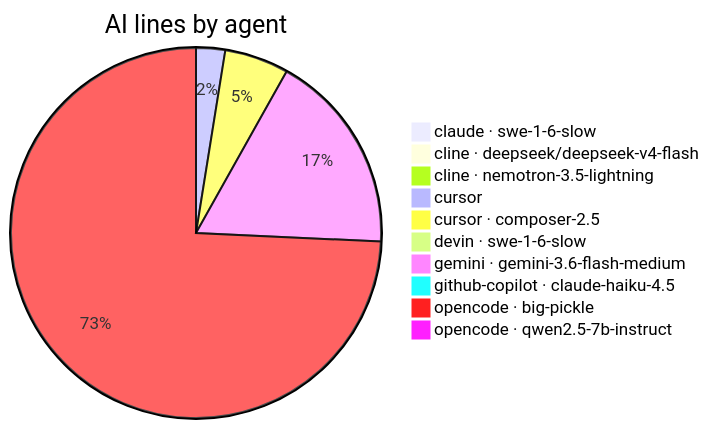
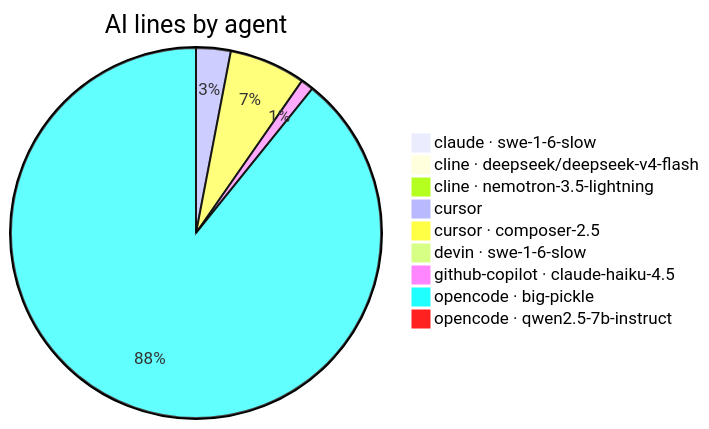
Before and after one commit to CaliMark/game-of-life: the second of 2 diagrams in AI-AUTHORSHIP.md, drawn with Mermaid. The commit also changed other lines of this file and 1 other file, not shown here.

````diff
--- a/AI-AUTHORSHIP.md
+++ b/AI-AUTHORSHIP.md
@@ -27,13 +27,12 @@
 ```mermaid
 pie title AI lines by agent
     "claude · swe-1-6-slow" : 1
     "cline · deepseek/deepseek-v4-flash" : 1
     "cline · nemotron-3.5-lightning" : 1
     "cursor" : 19
     "cursor · composer-2.5" : 42
     "devin · swe-1-6-slow" : 1
-    "gemini · gemini-3.6-flash-medium" : 132
     "github-copilot · claude-haiku-4.5" : 7
-    "opencode · big-pickle" : 557
+    "opencode · big-pickle" : 562
     "opencode · qwen2.5-7b-instruct" : 3
 ```
````
